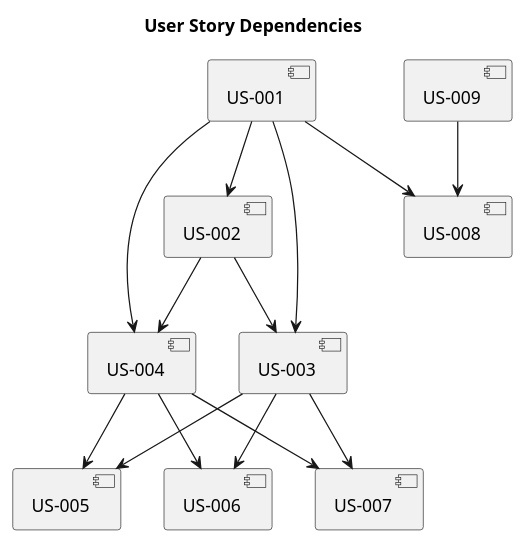
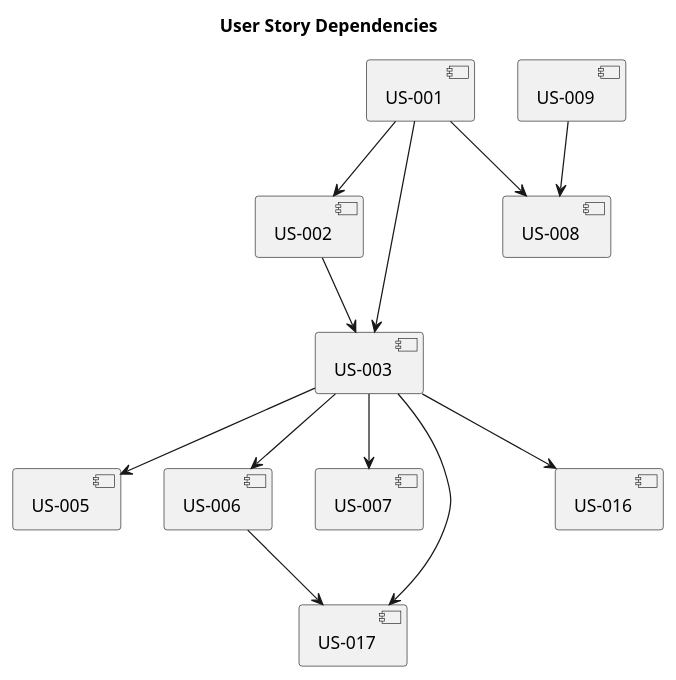
One commit to yudha-tlab/ai-os-knowledge changed diagram 12 of 12 in knowledge/projects/dpad-chatbot/source-docs/system-analysis/09_UserStory_Mapping.md. Above: the diagram before and after it, drawn with PlantUML. The commit also changed other lines of this file and 11 other files, not shown here.

````diff
--- a/knowledge/projects/dpad-chatbot/source-docs/system-analysis/09_UserStory_Mapping.md
+++ b/knowledge/projects/dpad-chatbot/source-docs/system-analysis/09_UserStory_Mapping.md
@@ -744,20 +792,18 @@
 ```plantuml
 @startuml
 title User Story Dependencies
 
 [US-001] --> [US-002]
 [US-001] --> [US-003]
-[US-001] --> [US-004]
 [US-002] --> [US-003]
-[US-002] --> [US-004]
 [US-003] --> [US-005]
-[US-004] --> [US-005]
 [US-003] --> [US-006]
-[US-004] --> [US-006]
 [US-003] --> [US-007]
-[US-004] --> [US-007]
+[US-003] --> [US-017]
+[US-006] --> [US-017]
+[US-003] --> [US-016]
 [US-001] --> [US-008]
 [US-009] --> [US-008]
 
 @enduml
 ```
````
